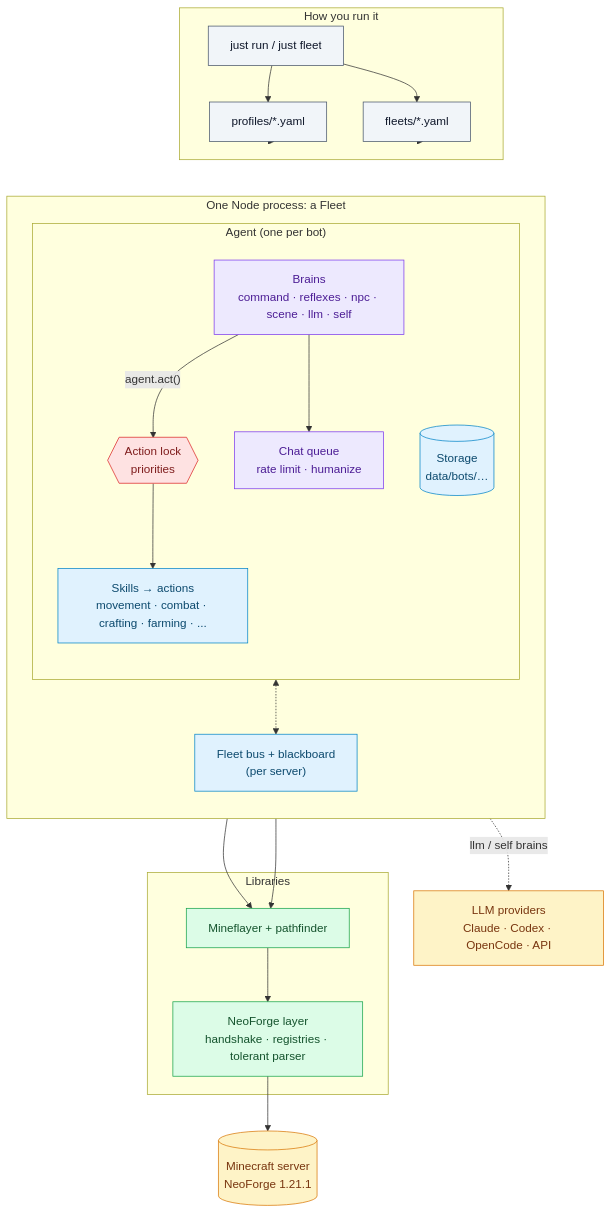
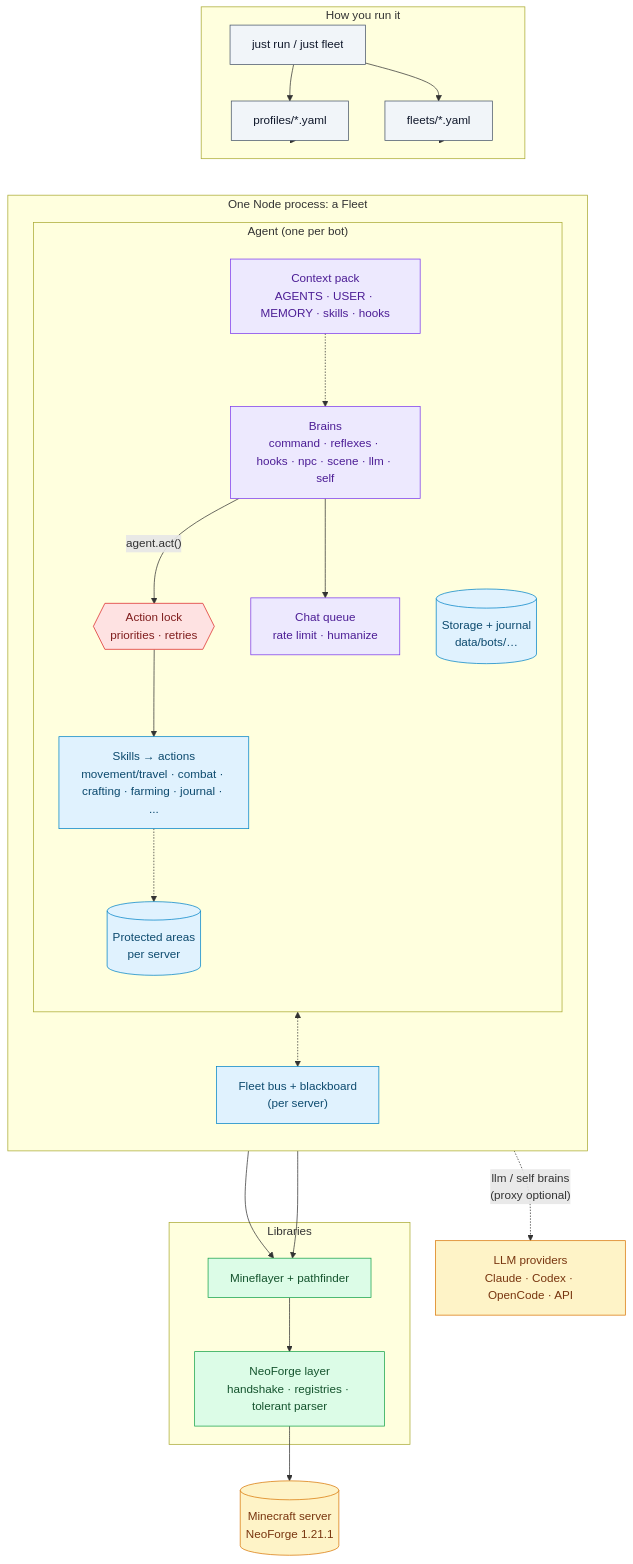
One commit to thereisnotime/golemkit changed the first of 3 diagrams in docs/concepts/architecture.md. Above: the diagram before and after it, drawn with Mermaid. The commit also changed other lines of this file and 8 other files, not shown here.

First line of the commit message:
Docs: movement/protection/combat page, profile keys, journal and reflex config

````diff
--- a/docs/concepts/architecture.md
+++ b/docs/concepts/architecture.md
@@ -14,47 +14,51 @@
 ```mermaid
 flowchart TB
   subgraph run["How you run it"]
     CLI["just run / just fleet"]
     PROF["profiles/*.yaml"]
     FLEET["fleets/*.yaml"]
   end
   subgraph proc["One Node process: a Fleet"]
     direction TB
     subgraph agent["Agent (one per bot)"]
       direction TB
-      BR["Brains<br/>command · reflexes · npc · scene · llm · self"]
-      LOCK{{"Action lock<br/>priorities"}}
-      SK["Skills → actions<br/>movement · combat · crafting · farming · ..."]
+      BR["Brains<br/>command · reflexes · hooks · npc · scene · llm · self"]
+      CTX["Context pack<br/>AGENTS · USER · MEMORY · skills · hooks"]
+      LOCK{{"Action lock<br/>priorities · retries"}}
+      SK["Skills → actions<br/>movement/travel · combat · crafting · farming · journal · ..."]
       CHAT["Chat queue<br/>rate limit · humanize"]
-      ST[("Storage<br/>data/bots/…")]
+      ST[("Storage + journal<br/>data/bots/…")]
+      PA[("Protected areas<br/>per server")]
     end
     BUS["Fleet bus + blackboard<br/>(per server)"]
   end
   subgraph lib["Libraries"]
     MF["Mineflayer + pathfinder"]
     NF["NeoForge layer<br/>handshake · registries · tolerant parser"]
   end
   LLM["LLM providers<br/>Claude · Codex · OpenCode · API"]
   SRV[("Minecraft server<br/>NeoForge 1.21.1")]
 
   CLI --> PROF & FLEET --> agent
   BR -->|"agent.act()"| LOCK --> SK --> MF
   BR --> CHAT --> MF
   BR <-.-> BUS
-  BR -.->|"llm / self brains"| LLM
+  CTX -.-> BR
+  BR -.->|"llm / self brains<br/>(proxy optional)"| LLM
+  SK -.-> PA
   MF --> NF --> SRV
   agent --- ST
 
   classDef run fill:#f1f5f9,stroke:#475569,color:#0f172a
   classDef brain fill:#ede9fe,stroke:#7c3aed,color:#4c1d95
   classDef lock fill:#fee2e2,stroke:#dc2626,color:#7f1d1d
   classDef skill fill:#e0f2fe,stroke:#0284c7,color:#0c4a6e
   classDef lib fill:#dcfce7,stroke:#16a34a,color:#14532d
   classDef ext fill:#fef3c7,stroke:#d97706,color:#78350f
   class CLI,PROF,FLEET run
-  class BR,CHAT brain
+  class BR,CHAT,CTX brain
   class LOCK lock
-  class SK,ST,BUS skill
+  class SK,ST,BUS,PA skill
   class MF,NF lib
   class LLM,SRV ext
 ```
````
